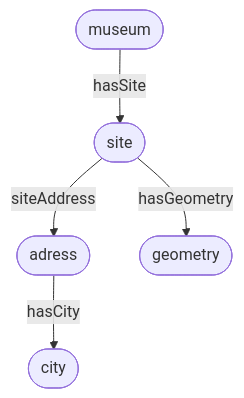
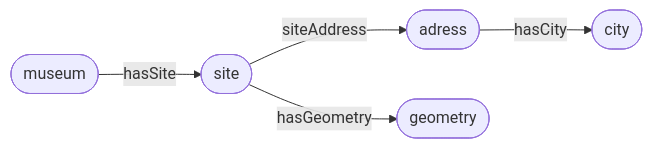
Before and after one commit to INTERSTAT/Statistics-Contextualized: the diagram in pilots/gf/mibact-data.md, drawn with Mermaid. The commit also changed other lines of this file, not shown here.

Commit message:
Fix diagram orientation

````diff
--- a/pilots/gf/mibact-data.md
+++ b/pilots/gf/mibact-data.md
@@ -9,7 +9,7 @@
 ```mermaid
-  graph TD;
+  graph LR;
       M([museum])-- hasSite -->S([site]);
       S-- siteAddress -->A([adress]);
       S-- hasGeometry -->G([geometry]);
 	  A-- hasCity -->C([city]);
 ```
````
